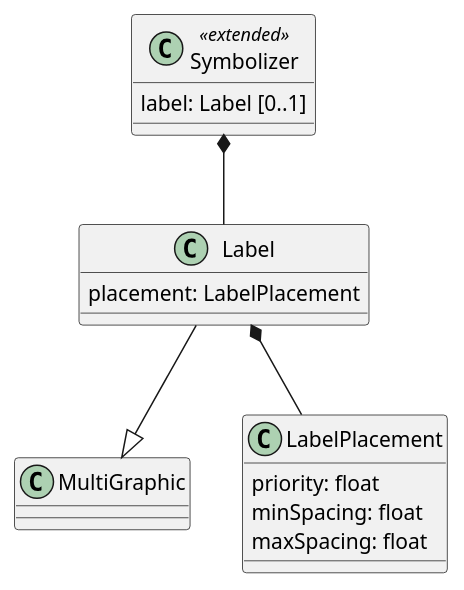
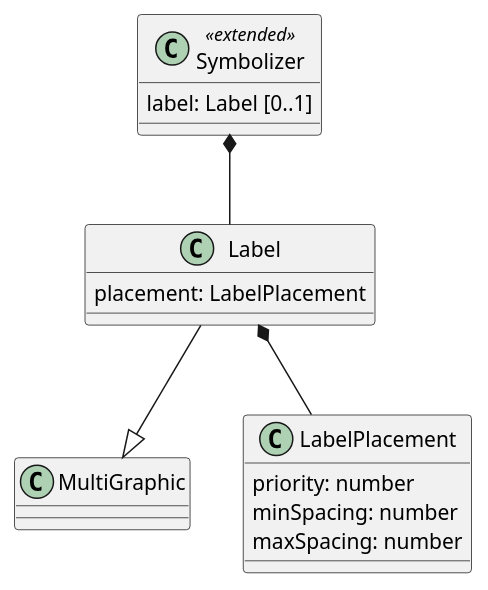
Before and after one commit to opengeospatial/cartographic-symbology: the first of 2 diagrams in 1-core/sections/clause_10_labeling.adoc, drawn with PlantUML. The commit also changed other lines of this file and 16 other files, not shown here.

```diff
--- a/1-core/sections/clause_10_labeling.adoc
+++ b/1-core/sections/clause_10_labeling.adoc
@@ -9,16 +9,16 @@
 [plantuml, target=diagram-classes, format=png]
 ....
 @startuml
 class Symbolizer <<extended>>
 Symbolizer : label: Label [0..1]
 Symbolizer *-- Label
 
 Label --|> MultiGraphic
 Label : placement: LabelPlacement
 Label *-- LabelPlacement
 
-LabelPlacement : priority: float
-LabelPlacement : minSpacing: float
-LabelPlacement : maxSpacing: float
+LabelPlacement : priority: number
+LabelPlacement : minSpacing: number
+LabelPlacement : maxSpacing: number
 @enduml
 ....
```
